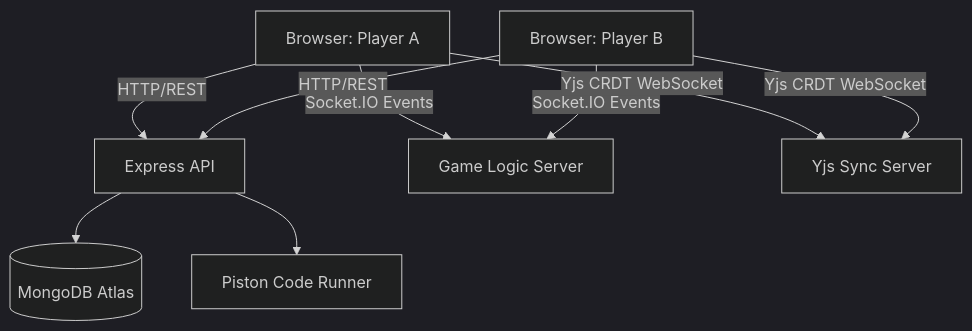
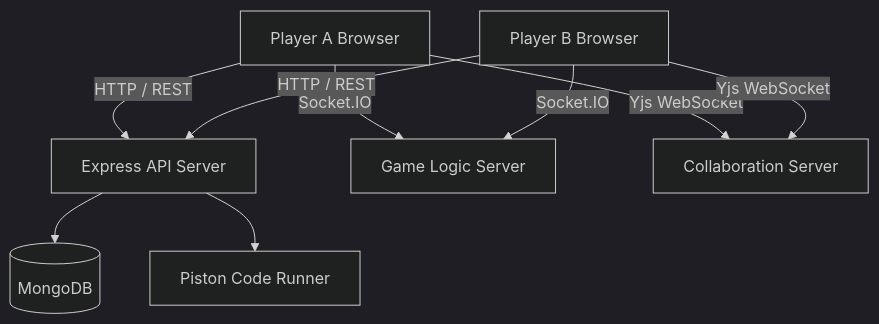
Before and after one commit to Maayank18/CodeArena-1v1: the diagram in README.md, drawn with Mermaid (dark theme). The commit also changed other lines of this file, not shown here.

````diff
--- a/README.md
+++ b/README.md
@@ -71,14 +66,14 @@
 ```mermaid
 graph TD
-    ClientA[Browser: Player A] -->|HTTP/REST| API[Express API]
-    ClientB[Browser: Player B] -->|HTTP/REST| API
+  BrowserA[Player A Browser] -->|HTTP / REST| API[Express API Server]
+  BrowserB[Player B Browser] -->|HTTP / REST| API
 
-    ClientA -->|"Socket.IO Events"| GameServer[Game Logic Server]
-    ClientB -->|"Socket.IO Events"| GameServer
+  BrowserA -->|Socket.IO| GameServer[Game Logic Server]
+  BrowserB -->|Socket.IO| GameServer
 
-    ClientA -->|"Yjs CRDT WebSocket"| YjsServer[Yjs Sync Server]
-    ClientB -->|"Yjs CRDT WebSocket"| YjsServer
+  BrowserA -->|Yjs WebSocket| YjsServer[Collaboration Server]
+  BrowserB -->|Yjs WebSocket| YjsServer
 
-    API --> MongoDB[(MongoDB Atlas)]
-    API --> Piston[Piston Code Runner]
+  API --> MongoDB[(MongoDB)]
+  API --> Piston[Piston Code Runner]
 ```
````
